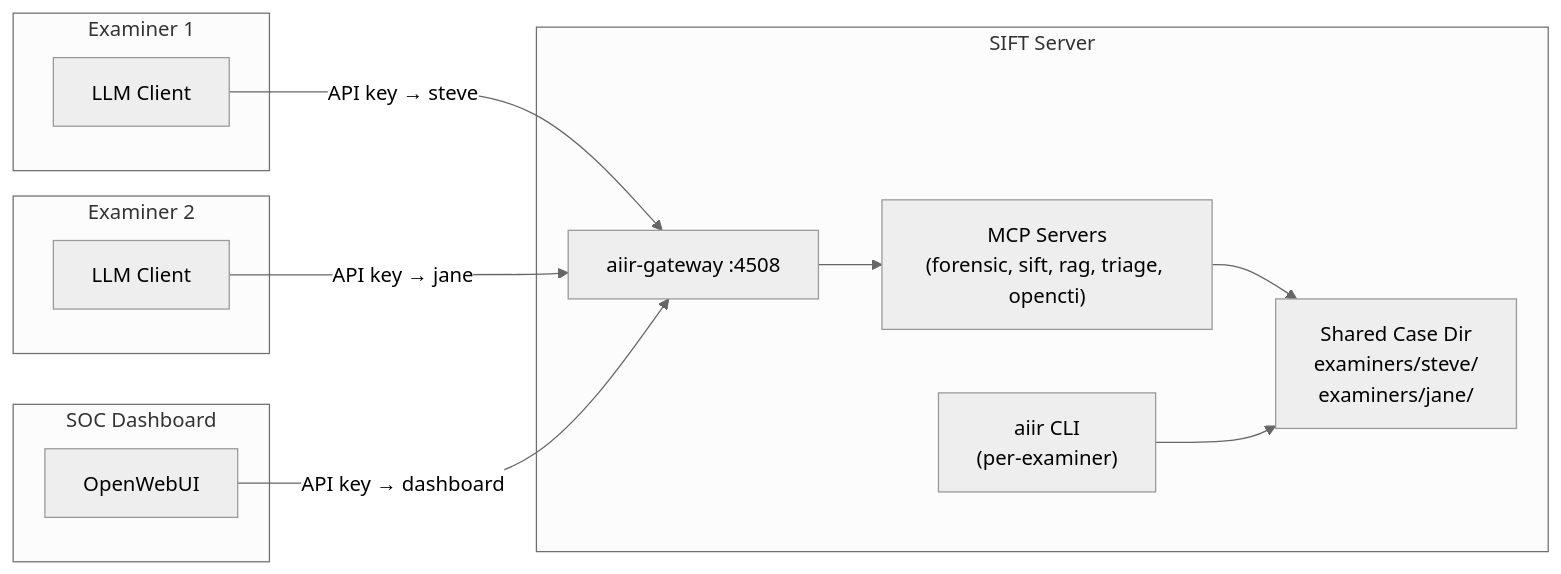
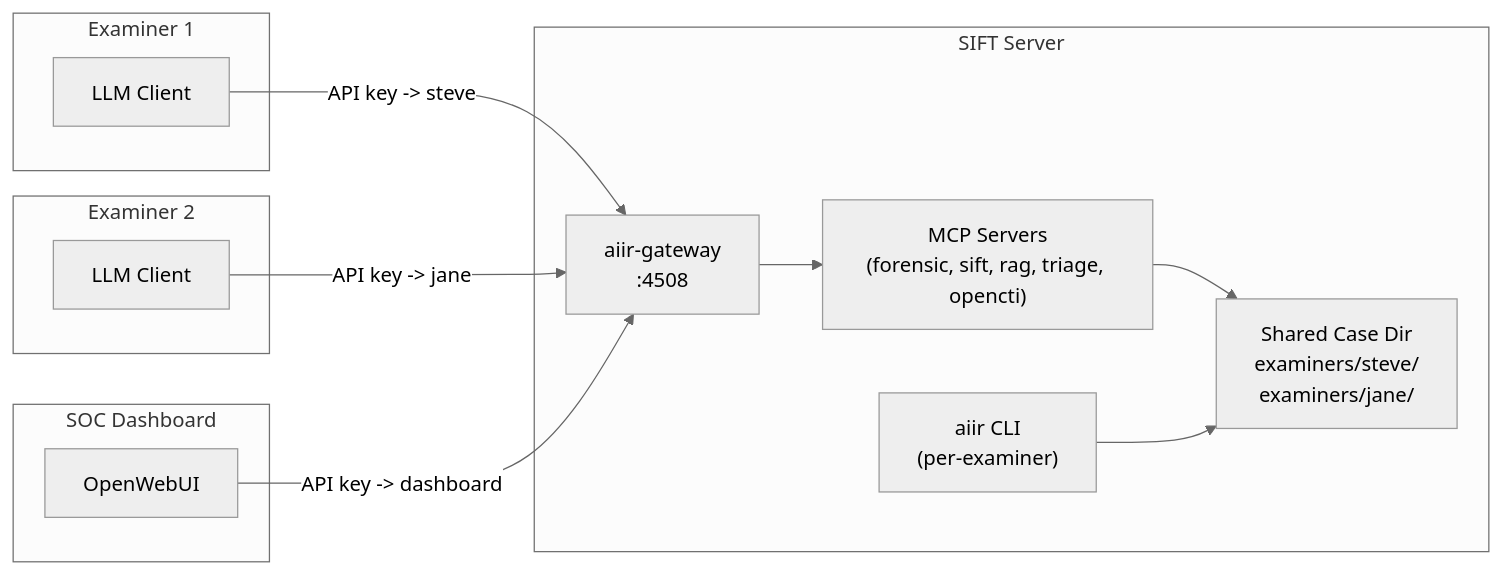
Before and after one commit to AppliedIR/aiir: the fourth of 5 diagrams in README.md, drawn with Mermaid (neutral theme). The commit also changed other lines of this file and 1 other file, not shown here.

Commit message:
rewrite README and update ARCHITECTURE.md with cross-repo review fixes

````diff
--- a/README.md
+++ b/README.md
@@ -166,27 +164,27 @@
 ```mermaid
 graph LR
     subgraph e1 ["Examiner 1"]
         C1["LLM Client"]
     end
     subgraph e2 ["Examiner 2"]
         C2["LLM Client"]
     end
     subgraph dashboard ["SOC Dashboard"]
         OW[OpenWebUI]
     end
 
     subgraph sift ["SIFT Server"]
-        GW["aiir-gateway :4508"]
+        GW["aiir-gateway<br/>:4508"]
         MCPs["MCP Servers<br/>(forensic, sift, rag, triage, opencti)"]
         CASE["Shared Case Dir<br/>examiners/steve/<br/>examiners/jane/"]
         CLI["aiir CLI<br/>(per-examiner)"]
 
         GW --> MCPs
         MCPs --> CASE
         CLI --> CASE
     end
 
-    C1 -->|"API key → steve"| GW
-    C2 -->|"API key → jane"| GW
-    OW -->|"API key → dashboard"| GW
+    C1 -->|"API key -> steve"| GW
+    C2 -->|"API key -> jane"| GW
+    OW -->|"API key -> dashboard"| GW
 ```
````
